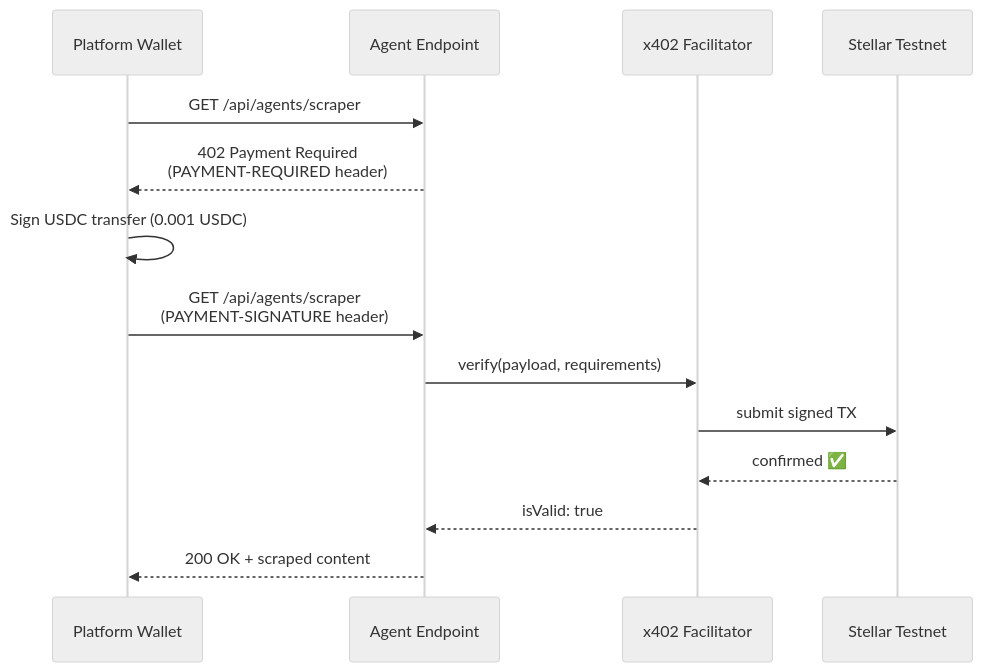
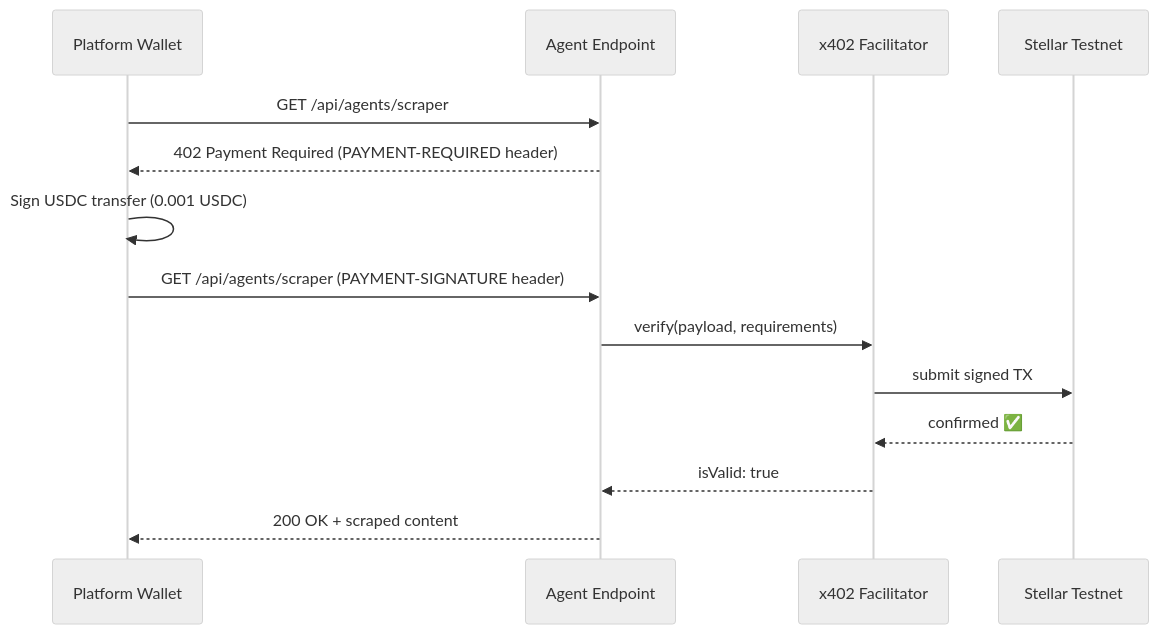
The second of 3 diagrams in README.md (HACK3R-CRYPTO/AgentForge), drawn with Mermaid (neutral theme) before and after one commit. The commit also changed other lines of this file and 3 other files, not shown here.

First line of the commit message:
docs: rewrite all READMEs to reflect current architecture

````diff
--- a/README.md
+++ b/README.md
@@ -115,17 +117,17 @@
 ```mermaid
 sequenceDiagram
     participant P as Platform Wallet
     participant S as Agent Endpoint
     participant F as x402 Facilitator
     participant T as Stellar Testnet
 
     P->>S: GET /api/agents/scraper
-    S-->>P: 402 Payment Required<br/>(PAYMENT-REQUIRED header)
+    S-->>P: 402 Payment Required (PAYMENT-REQUIRED header)
     P->>P: Sign USDC transfer (0.001 USDC)
-    P->>S: GET /api/agents/scraper<br/>(PAYMENT-SIGNATURE header)
+    P->>S: GET /api/agents/scraper (PAYMENT-SIGNATURE header)
     S->>F: verify(payload, requirements)
     F->>T: submit signed TX
     T-->>F: confirmed ✅
     F-->>S: isValid: true
     S-->>P: 200 OK + scraped content
 ```
````
